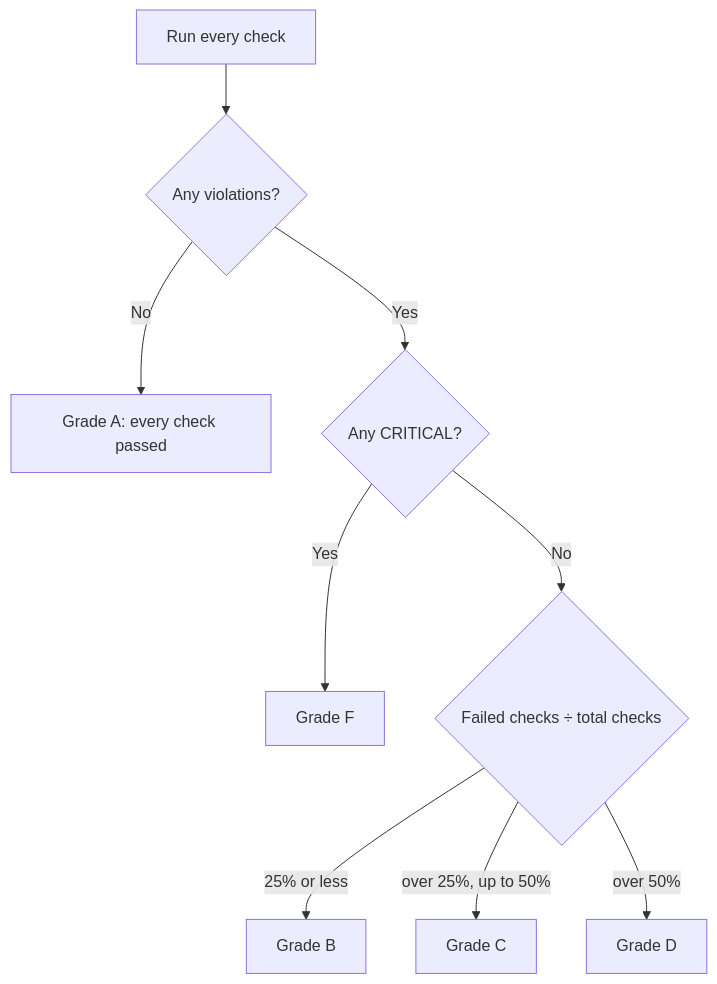
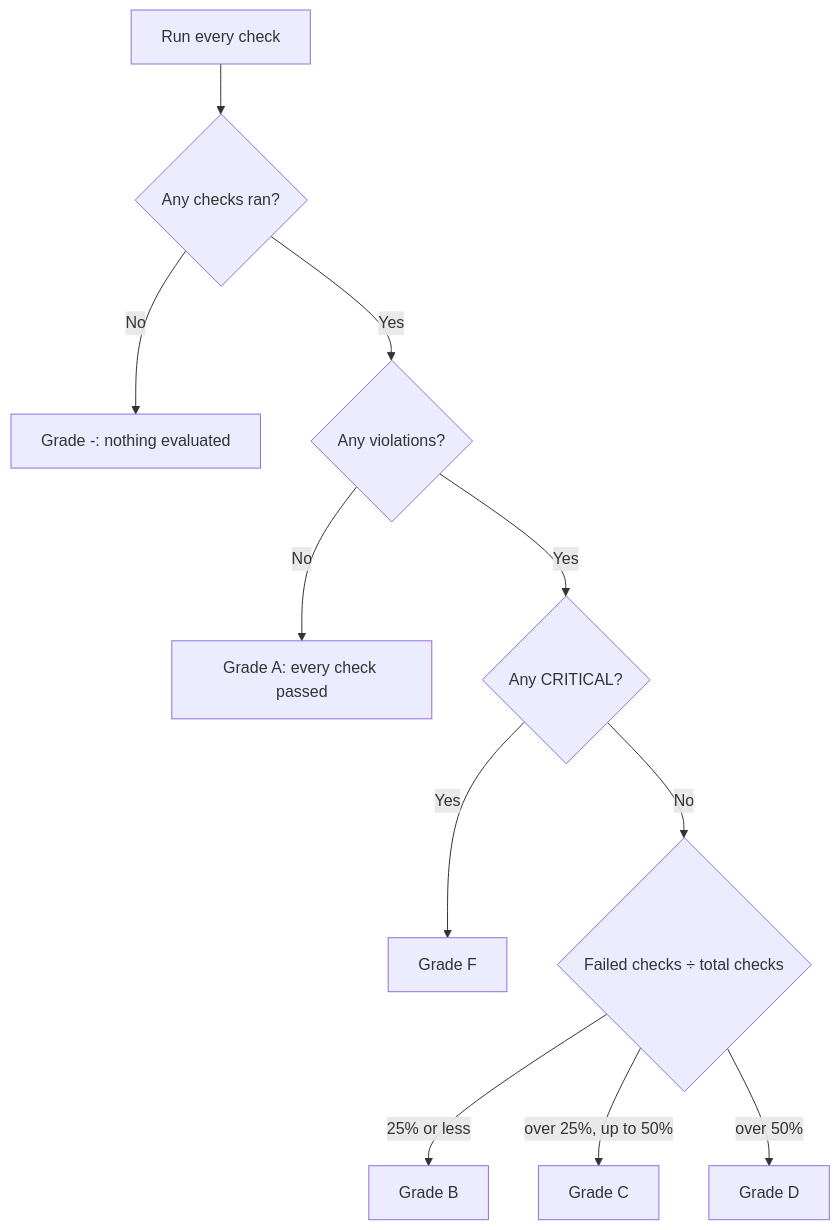
Before and after one commit to bmscomp/kates: the second of 3 diagrams in kates/docs/disruption-guide.md, drawn with Mermaid. The commit also changed other lines of this file, not shown here.

````diff
--- a/kates/docs/disruption-guide.md
+++ b/kates/docs/disruption-guide.md
@@ -413,11 +415,13 @@
 ```mermaid
 flowchart TD
-    Start["Run every check"] --> Empty{"Any violations?"}
+    Start["Run every check"] --> Ran{"Any checks ran?"}
+    Ran -- No --> None["Grade -: nothing evaluated"]
+    Ran -- Yes --> Empty{"Any violations?"}
     Empty -- No --> A["Grade A: every check passed"]
     Empty -- Yes --> Critical{"Any CRITICAL?"}
     Critical -- Yes --> F["Grade F"]
     Critical -- No --> Fraction{"Failed checks ÷ total checks"}
     Fraction -- "25% or less" --> B["Grade B"]
     Fraction -- "over 25%, up to 50%" --> C["Grade C"]
     Fraction -- "over 50%" --> D["Grade D"]
 ```
````
